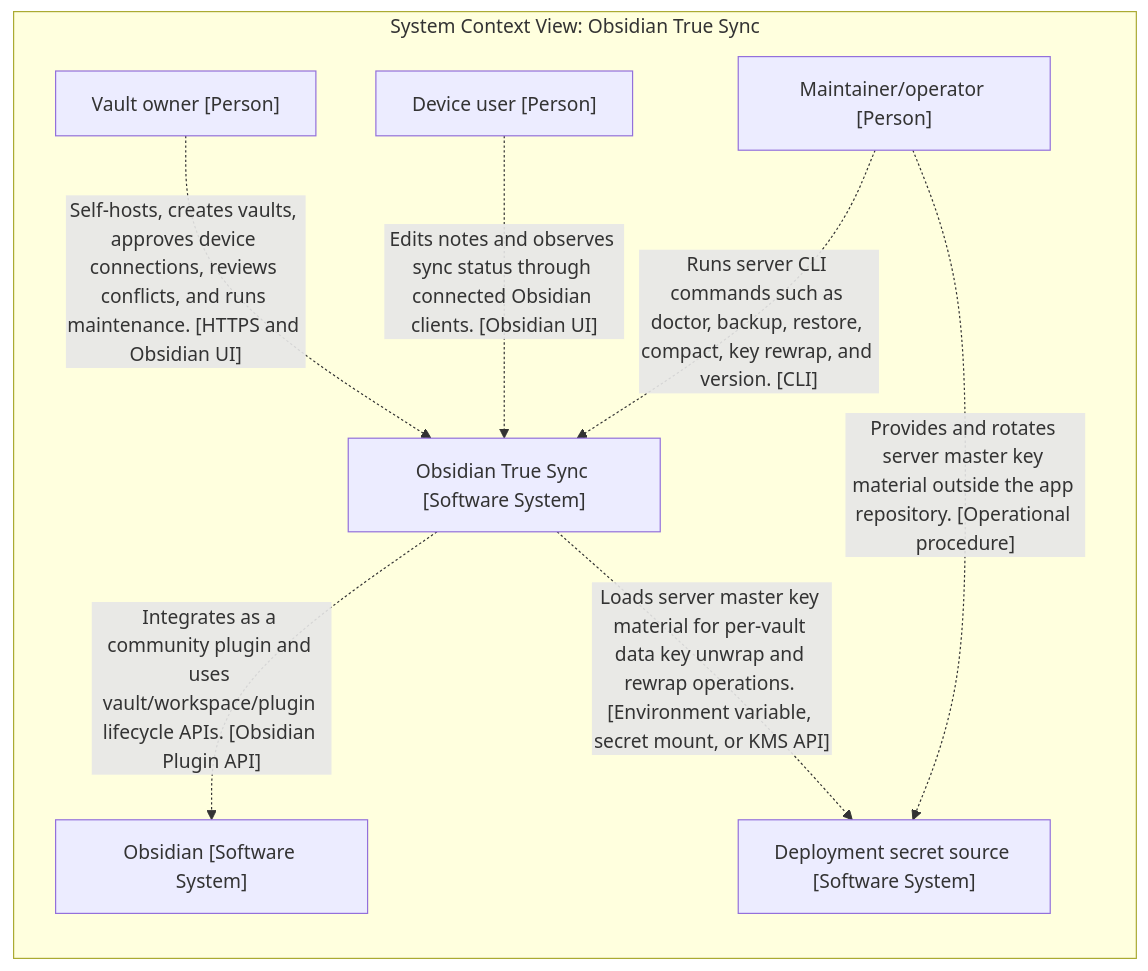
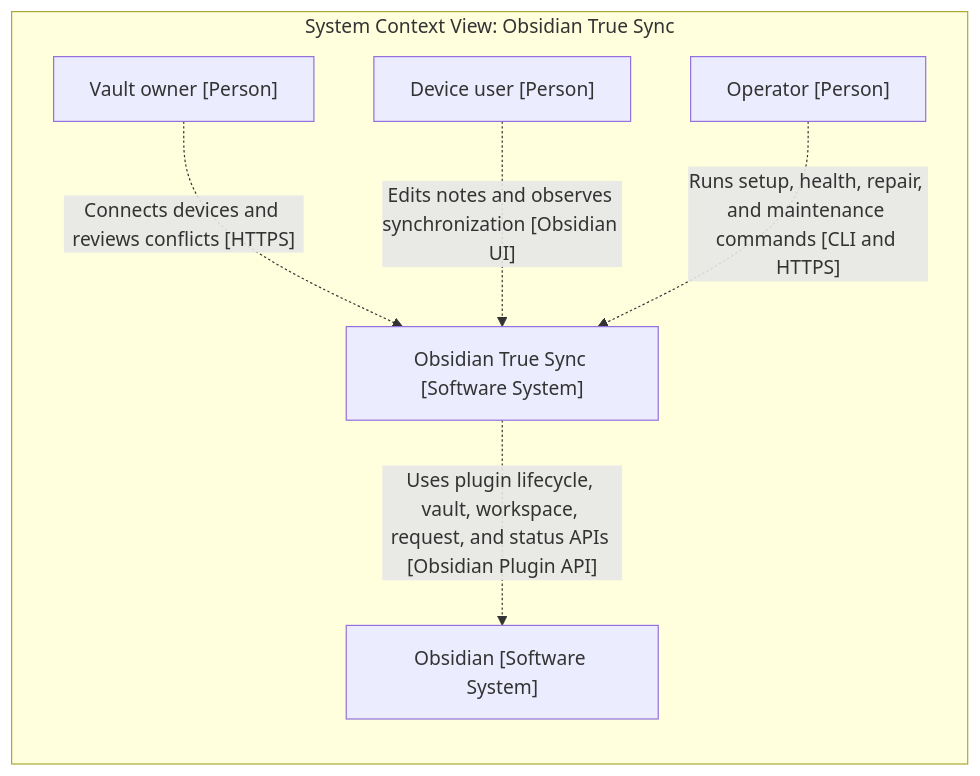
The fifth of 5 diagrams in architecture/DIAGRAMS.md (nareto/obts), drawn with Mermaid before and after one commit. The commit also changed other lines of this file and 27 other files, not shown here.

````diff
--- a/architecture/DIAGRAMS.md
+++ b/architecture/DIAGRAMS.md
@@ -219,22 +162,19 @@
 ```mermaid
 graph LR
 
   subgraph diagram ["System Context View: Obsidian True Sync"]
 
     1["Vault owner [Person]"]
     2["Device user [Person]"]
-    3["Maintainer/operator [Person]"]
+    3["Operator [Person]"]
     4["Obsidian [Software System]"]
-    5["Deployment secret source [Software System]"]
-    6["Obsidian True Sync [Software System]"]
+    5["Obsidian True Sync [Software System]"]
 
-    1-. "Self-hosts, creates vaults, approves device connections, reviews conflicts, and runs maintenance. [HTTPS and Obsidian UI]" .->6
-    2-. "Edits notes and observes sync status through connected Obsidian clients. [Obsidian UI]" .->6
-    3-. "Runs server CLI commands such as doctor, backup, restore, compact, key rewrap, and version. [CLI]" .->6
-    3-. "Provides and rotates server master key material outside the app repository. [Operational procedure]" .->5
-    6-. "Integrates as a community plugin and uses vault/workspace/plugin lifecycle APIs. [Obsidian Plugin API]" .->4
-    6-. "Loads server master key material for per-vault data key unwrap and rewrap operations. [Environment variable, secret mount, or KMS API]" .->5
+    1-. "Connects devices and reviews conflicts [HTTPS]" .->5
+    2-. "Edits notes and observes synchronization [Obsidian UI]" .->5
+    3-. "Runs setup, health, repair, and maintenance commands [CLI and HTTPS]" .->5
+    5-. "Uses plugin lifecycle, vault, workspace, request, and status APIs [Obsidian Plugin API]" .->4
 
   end
 
 ```
````
